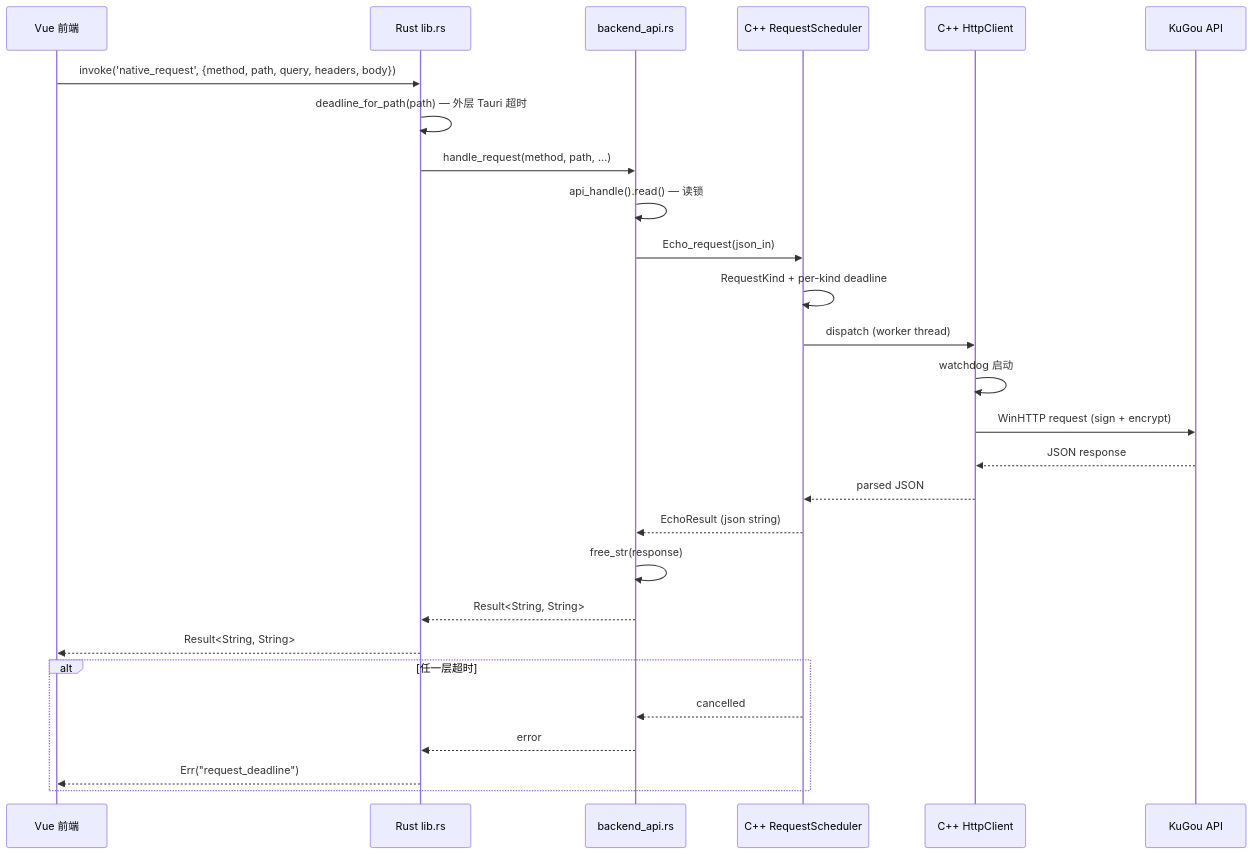
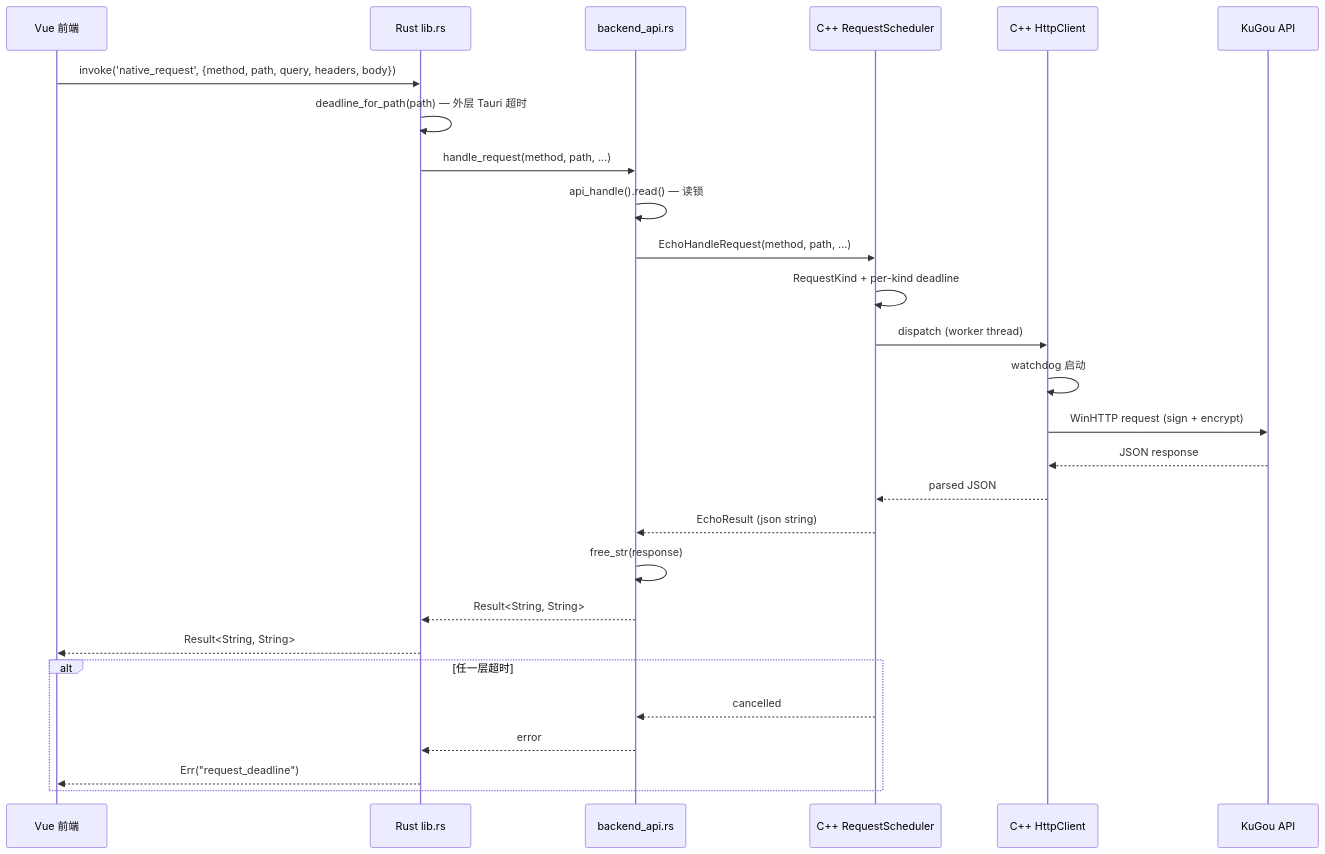
Before and after one commit to Ningbottle/BottlePlayer: the third of 4 diagrams in docs/wiki/architecture.md, drawn with Mermaid. The commit also changed other lines of this file and 8 other files, not shown here.

````diff
--- a/docs/wiki/architecture.md
+++ b/docs/wiki/architecture.md
@@ -134,32 +135,32 @@
 ```mermaid
 sequenceDiagram
     participant Vue as Vue 前端
     participant Rust as Rust lib.rs
     participant BA as backend_api.rs
     participant Sched as C++ RequestScheduler
     participant HTTP as C++ HttpClient
     participant KG as KuGou API
 
     Vue->>Rust: invoke('native_request', {method, path, query, headers, body})
     Rust->>Rust: deadline_for_path(path) — 外层 Tauri 超时
     Rust->>BA: handle_request(method, path, ...)
     BA->>BA: api_handle().read() — 读锁
 
-    BA->>Sched: Echo_request(json_in)
+    BA->>Sched: EchoHandleRequest(method, path, ...)
     Sched->>Sched: RequestKind + per-kind deadline
     Sched->>HTTP: dispatch (worker thread)
     HTTP->>HTTP: watchdog 启动
     HTTP->>KG: WinHTTP request (sign + encrypt)
     KG-->>HTTP: JSON response
     HTTP-->>Sched: parsed JSON
     Sched-->>BA: EchoResult (json string)
     BA->>BA: free_str(response)
     BA-->>Rust: Result<String, String>
     Rust-->>Vue: Result<String, String>
 
     alt 任一层超时
         Sched-->>BA: cancelled
         BA-->>Rust: error
         Rust-->>Vue: Err("request_deadline")
     end
 ```
````
